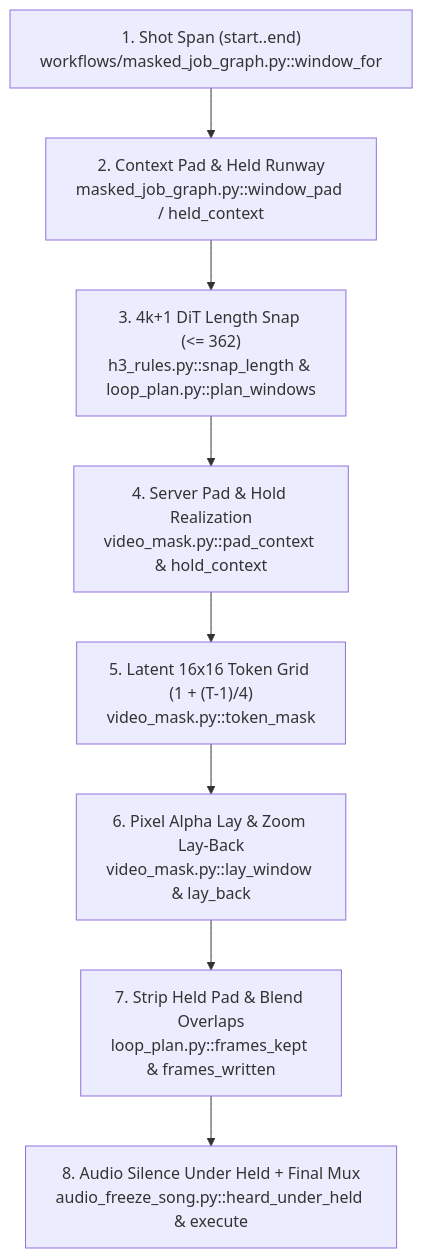
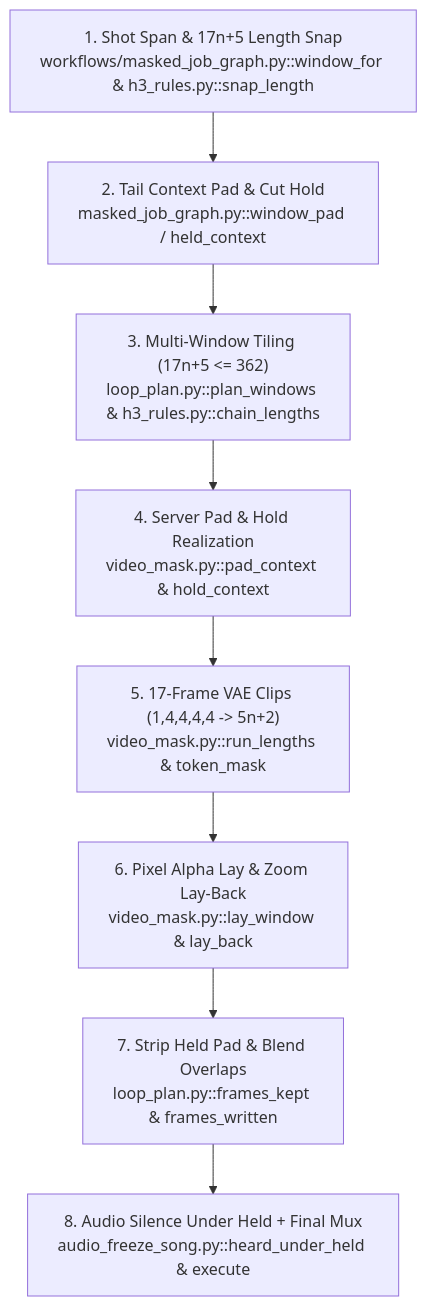
The diagram in docs/masked_v2v/code_map_contracts.md (fblissjr/ComfyUI-h3-explorations), drawn with Mermaid before and after one commit. The commit also changed other lines of this file and 4 other files, not shown here.

````diff
--- a/docs/masked_v2v/code_map_contracts.md
+++ b/docs/masked_v2v/code_map_contracts.md
@@ -44,10 +44,10 @@
 ```mermaid
 flowchart TD
-    A["1. Shot Span (start..end)<br/>workflows/masked_job_graph.py::window_for"] --> B["2. Context Pad & Held Runway<br/>masked_job_graph.py::window_pad / held_context"]
-    B --> C["3. 4k+1 DiT Length Snap (<= 362)<br/>h3_rules.py::snap_length & loop_plan.py::plan_windows"]
+    A["1. Shot Span & 17n+5 Length Snap<br/>workflows/masked_job_graph.py::window_for & h3_rules.py::snap_length"] --> B["2. Tail Context Pad & Cut Hold<br/>masked_job_graph.py::window_pad / held_context"]
+    B --> C["3. Multi-Window Tiling (17n+5 <= 362)<br/>loop_plan.py::plan_windows & h3_rules.py::chain_lengths"]
     C --> D["4. Server Pad & Hold Realization<br/>video_mask.py::pad_context & hold_context"]
-    D --> E["5. Latent 16x16 Token Grid (1 + (T-1)/4)<br/>video_mask.py::token_mask"]
+    D --> E["5. 17-Frame VAE Clips (1,4,4,4,4 -> 5n+2)<br/>video_mask.py::run_lengths & token_mask"]
     E --> F["6. Pixel Alpha Lay & Zoom Lay-Back<br/>video_mask.py::lay_window & lay_back"]
     F --> G["7. Strip Held Pad & Blend Overlaps<br/>loop_plan.py::frames_kept & frames_written"]
     G --> H["8. Audio Silence Under Held + Final Mux<br/>audio_freeze_song.py::heard_under_held & execute"]
 ```
````
